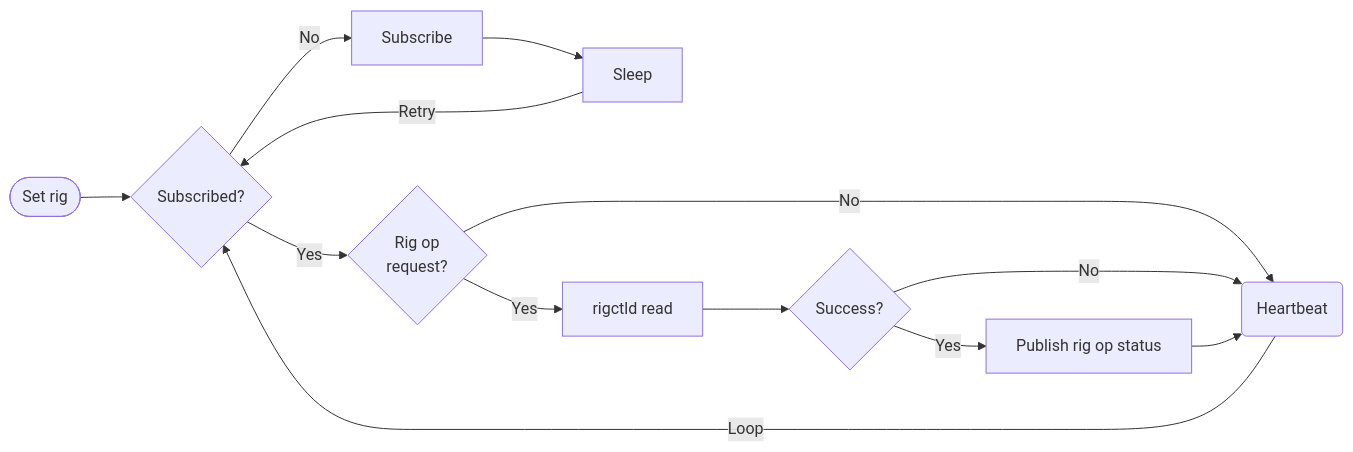
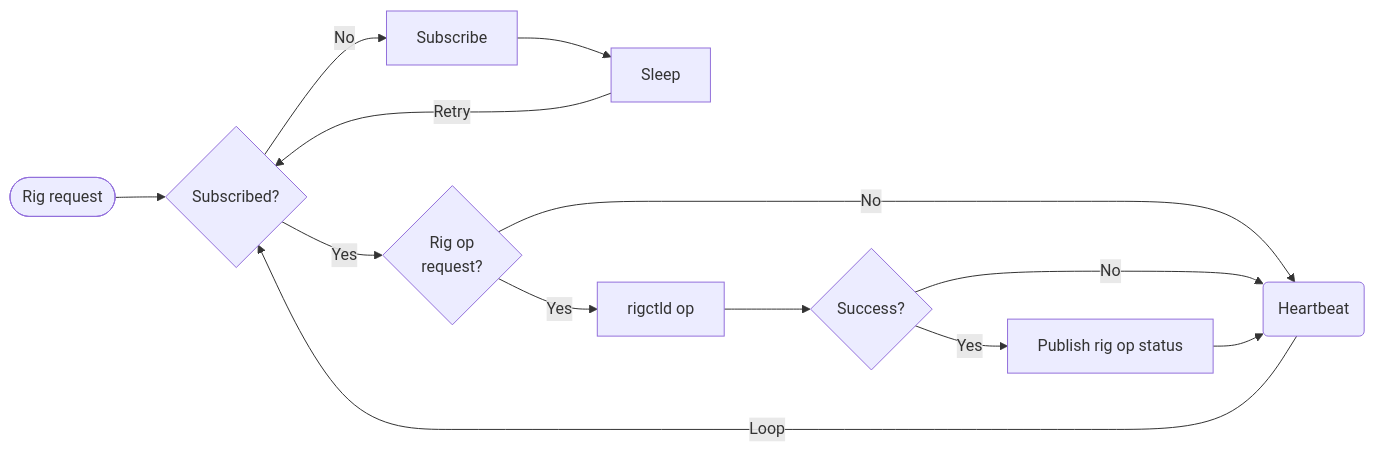
One commit to ckuhtz/ham changed the second of 6 diagrams in doc/workflows.md. Above: the diagram before and after it, drawn with Mermaid. The commit also changed other lines of this file, not shown here.

````diff
--- a/doc/workflows.md
+++ b/doc/workflows.md
@@ -92,17 +92,17 @@
 ```mermaid
 flowchart LR;
-    Start([Set rig]);
+    RigOp([Rig request]);
     Request0{Rig op<br>request?}
-    Start --> Subscribed0{Subscribed?};
+    RigOp --> Subscribed0{Subscribed?};
     Subscribed0 -->|Yes| Request0;
     Subscribed0 -->|No| Subscribed1[Subscribe];
     Subscribed1 --> Sleep0[Sleep];
     Request0 -->|No| Heartbeat0(Heartbeat);
-    Request0 -->|Yes| Write0[rigctld read];
+    Request0 -->|Yes| RigOp0[rigctld op];
     Sleep0 -->|Retry| Subscribed0;
-    Write0 --> Write1{Success?};
-    Write1 -->|Yes| Publish0[Publish rig op status];
-    Write1 -->|No| Heartbeat0;
+    RigOp0 --> RigOp1{Success?};
+    RigOp1 -->|Yes| Publish0[Publish rig op status];
+    RigOp1 -->|No| Heartbeat0;
     Publish0 --> Heartbeat0
     Heartbeat0 -->|Loop| Subscribed0;
 ```
````
